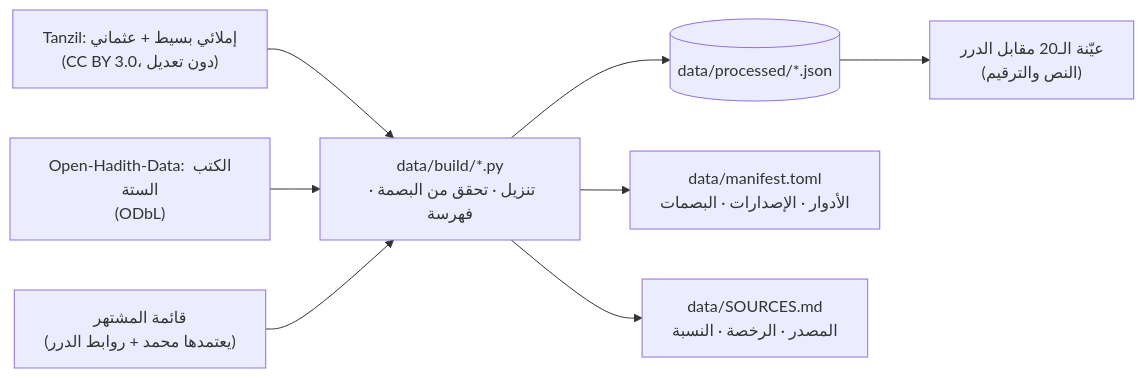
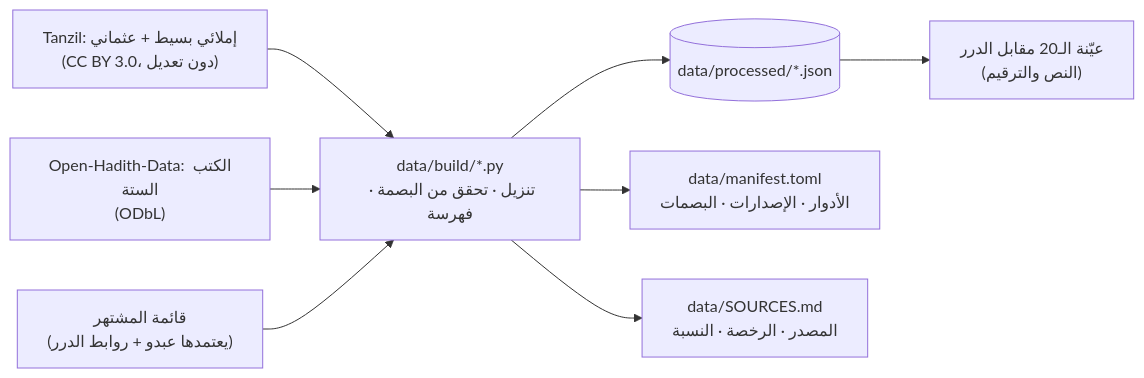
One commit to abdorum/Saadeed changed the tenth of 10 diagrams in docs/planning/04-architecture.md. Above: the diagram before and after it, drawn with Mermaid. The commit also changed other lines of this file and 24 other files, not shown here.

````diff
--- a/docs/planning/04-architecture.md
+++ b/docs/planning/04-architecture.md
@@ -299,10 +299,10 @@
 ```mermaid
 flowchart LR
     R1["Tanzil: إملائي بسيط + عثماني<br/>(CC BY 3.0، دون تعديل)"] --> B["data/build/*.py<br/>تنزيل · تحقق من البصمة · فهرسة"]
     R2["Open-Hadith-Data: الكتب الستة<br/>(ODbL)"] --> B
-    R3["قائمة المشتهر<br/>(يعتمدها محمد + روابط الدرر)"] --> B
+    R3["قائمة المشتهر<br/>(يعتمدها عبدو + روابط الدرر)"] --> B
     B --> P[("data/processed/*.json")]
     B --> MF["data/manifest.toml<br/>الأدوار · الإصدارات · البصمات"]
     B --> SRC["data/SOURCES.md<br/>المصدر · الرخصة · النسبة"]
     P --> T["عيّنة الـ20 مقابل الدرر<br/>(النص والترقيم)"]
 ```
````
